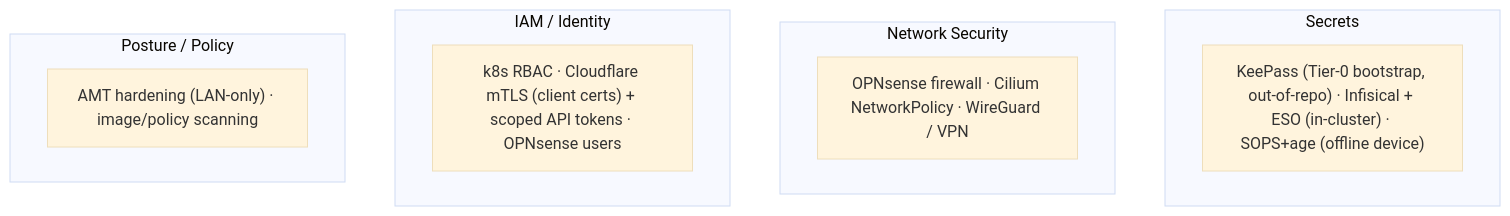
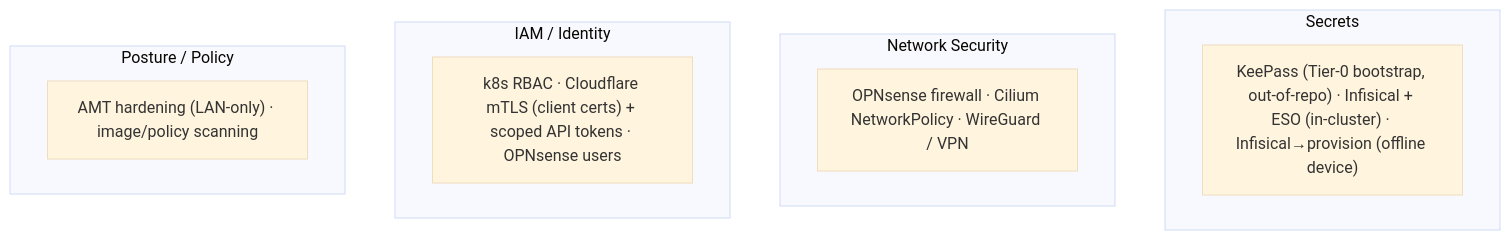
Before and after one commit to teststuffstash/homelab: the sixth of 6 diagrams in ARCHITECTURE.md, drawn with Mermaid (base theme). The commit also changed other lines of this file and 4 other files, not shown here.

First line of the commit message:
docs: correct secrets model — SOPS+age not used (device dropped it too)

````diff
--- a/ARCHITECTURE.md
+++ b/ARCHITECTURE.md
@@ -128,15 +128,15 @@
 ```mermaid
 flowchart TB
     subgraph SECRETS["Secrets"]
-        K["KeePass (Tier-0 bootstrap, out-of-repo) · Infisical + ESO (in-cluster) · SOPS+age (offline device)"]
+        K["KeePass (Tier-0 bootstrap, out-of-repo) · Infisical + ESO (in-cluster) · Infisical→provision (offline device)"]
     end
     subgraph NETSEC["Network Security"]
         F["OPNsense firewall · Cilium NetworkPolicy · WireGuard / VPN"]
     end
     subgraph IAM["IAM / Identity"]
         I["k8s RBAC · Cloudflare mTLS (client certs) + scoped API tokens · OPNsense users"]
     end
     subgraph POSTURE["Posture / Policy"]
         P["AMT hardening (LAN-only) · image/policy scanning"]
     end
 ```
````
